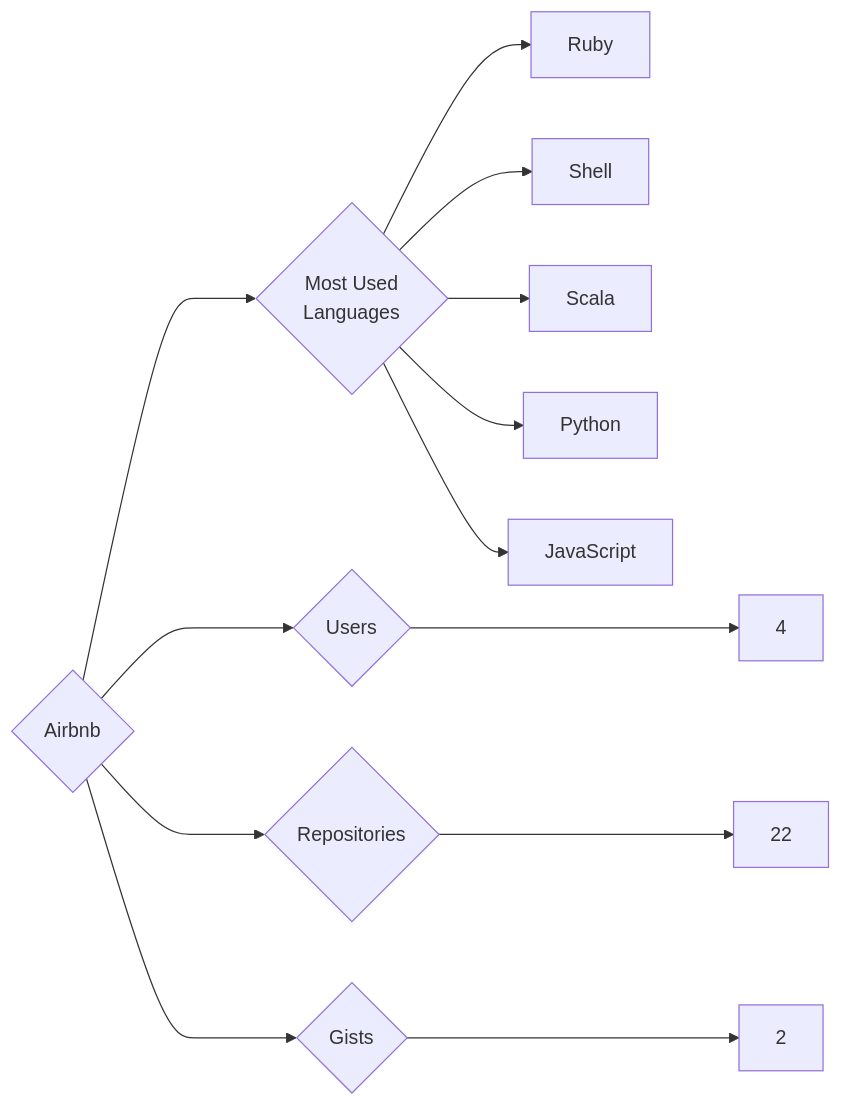
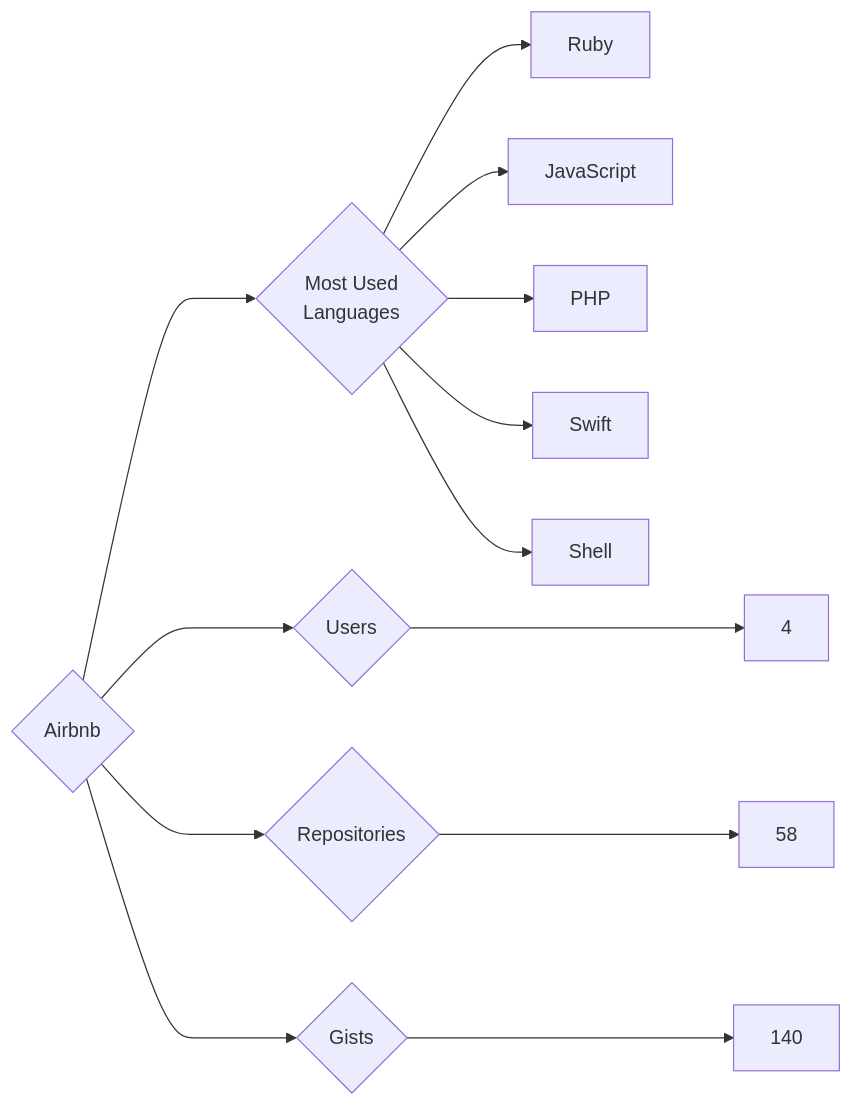
Before and after one commit to trickest/insiders: the diagram in targets/Airbnb/README.md, drawn with Mermaid. The commit also changed 1023 other files, not shown here.

````diff
--- a/targets/Airbnb/README.md
+++ b/targets/Airbnb/README.md
@@ -3,13 +3,13 @@
 ```mermaid
 graph LR
 COMPANY_NAME{Airbnb}
 COMPANY_NAME ---> U{Users} ---> UN[4]
-COMPANY_NAME ---> R{Repositories} ---> RN[22]
-COMPANY_NAME ---> G{Gists} ---> GN[2]
+COMPANY_NAME ---> R{Repositories} ---> RN[58]
+COMPANY_NAME ---> G{Gists} ---> GN[140]
 COMPANY_NAME ---> ML{Most Used<br>Languages}
 ML --> Ruby[Ruby]
+ML --> JavaScript[JavaScript]
+ML --> PHP[PHP]
+ML --> Swift[Swift]
 ML --> Shell[Shell]
-ML --> Scala[Scala]
-ML --> Python[Python]
-ML --> JavaScript[JavaScript]
 ```
````
